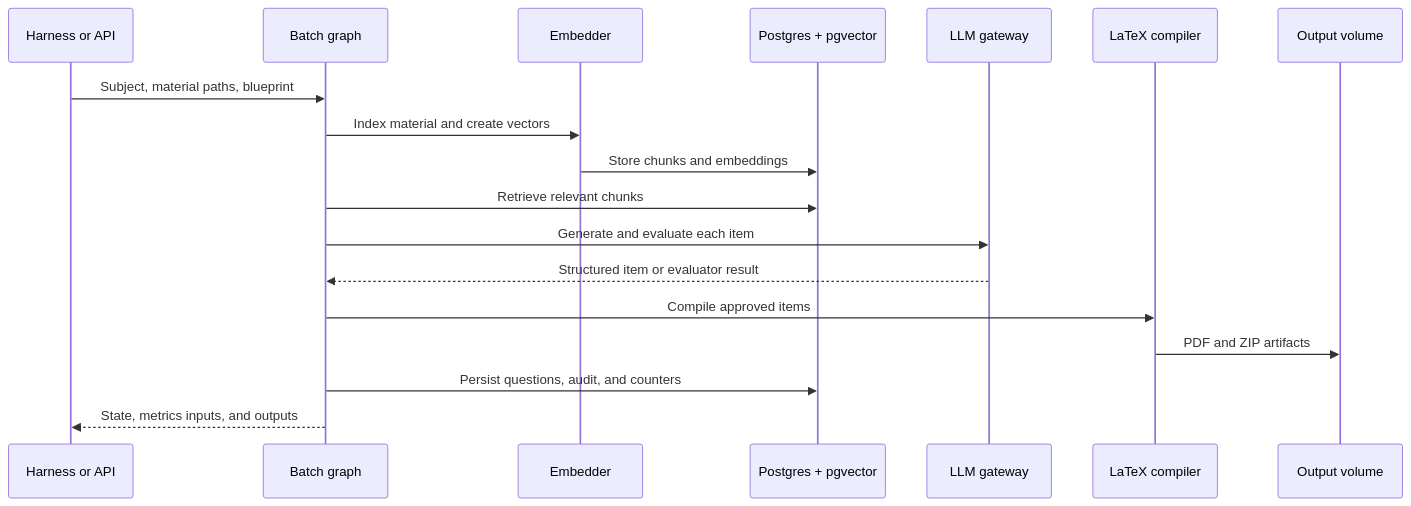
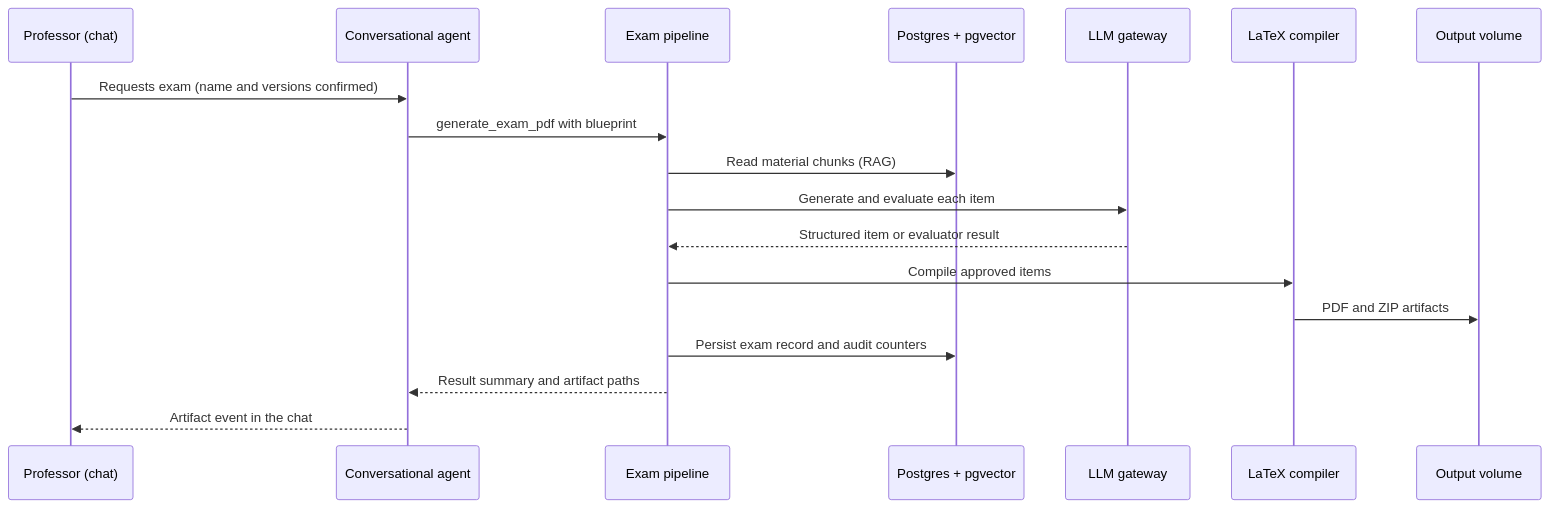
Before and after one commit to danilo-pilacuan/examgen-project: diagram 26 of 26 in docs/graphs.md, drawn with Mermaid. The commit also changed other lines of this file and 5 other files, not shown here.

First line of the commit message:
docs(graphs): restrict graphs to user mode and add thesis view

````diff
--- a/docs/graphs.md
+++ b/docs/graphs.md
@@ -827,21 +805,21 @@
 ```mermaid
 sequenceDiagram
-    participant H as Harness or API
-    participant P as Batch graph
-    participant E as Embedder
+    participant U as Professor (chat)
+    participant C as Conversational agent
+    participant P as Exam pipeline
     participant D as Postgres + pgvector
     participant L as LLM gateway
     participant X as LaTeX compiler
     participant O as Output volume
 
-    H->>P: Subject, material paths, blueprint
-    P->>E: Index material and create vectors
-    E->>D: Store chunks and embeddings
-    P->>D: Retrieve relevant chunks
+    U->>C: Requests exam (name and versions confirmed)
+    C->>P: generate_exam_pdf with blueprint
+    P->>D: Read material chunks (RAG)
     P->>L: Generate and evaluate each item
     L-->>P: Structured item or evaluator result
     P->>X: Compile approved items
     X->>O: PDF and ZIP artifacts
-    P->>D: Persist questions, audit, and counters
-    P-->>H: State, metrics inputs, and outputs
+    P->>D: Persist exam record and audit counters
+    P-->>C: Result summary and artifact paths
+    C-->>U: Artifact event in the chat
 ```
````
